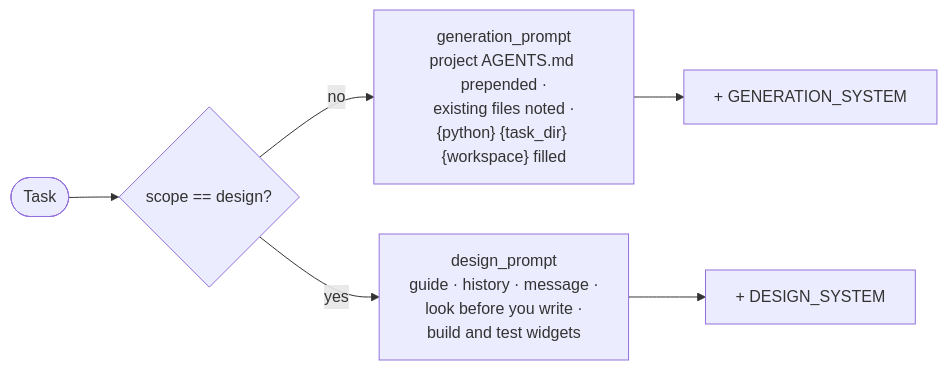
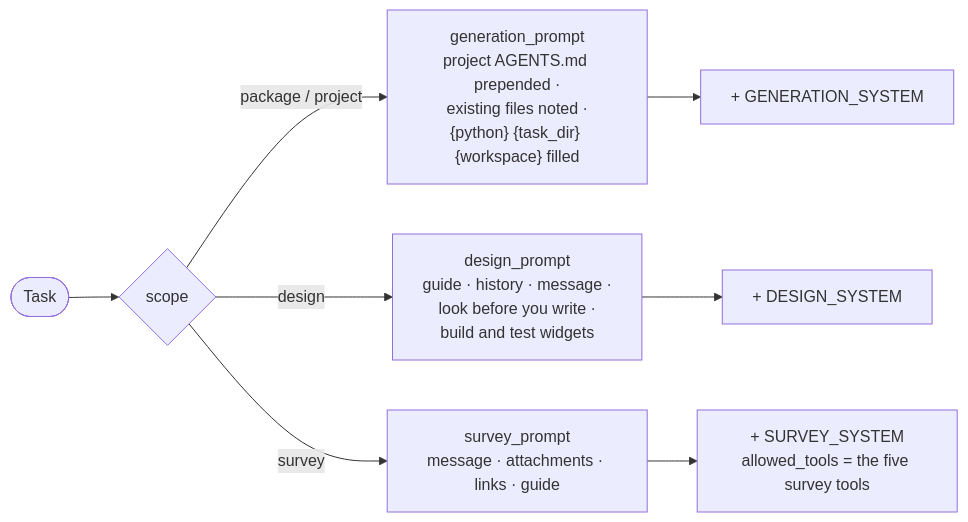
The eighth of 8 diagrams in design/03_agent_runner.md (radubools/dex), drawn with Mermaid before and after one commit. The commit also changed other lines of this file and 153 other files, not shown here.

````diff
--- a/design/03_agent_runner.md
+++ b/design/03_agent_runner.md
@@ -315,8 +320,10 @@
 ```mermaid
 flowchart LR
-    T([Task]) --> D{"scope == design?"}
-    D -- no --> G["generation_prompt<br/>project AGENTS.md prepended ·<br/>existing files noted ·<br/>{python} {task_dir} {workspace} filled"]
-    D -- yes --> DP["design_prompt<br/>guide · history · message ·<br/>look before you write ·<br/>build and test widgets"]
+    T([Task]) --> S{scope}
+    S -->|package / project| G["generation_prompt<br/>project AGENTS.md prepended ·<br/>existing files noted ·<br/>{python} {task_dir} {workspace} filled"]
+    S -->|design| DP["design_prompt<br/>guide · history · message ·<br/>look before you write ·<br/>build and test widgets"]
+    S -->|survey| SV["survey_prompt<br/>message · attachments · links · guide"]
     G --> SYS1["+ GENERATION_SYSTEM"]
     DP --> SYS2["+ DESIGN_SYSTEM"]
+    SV --> SYS3["+ SURVEY_SYSTEM<br/>allowed_tools = the five survey tools"]
 ```
````
